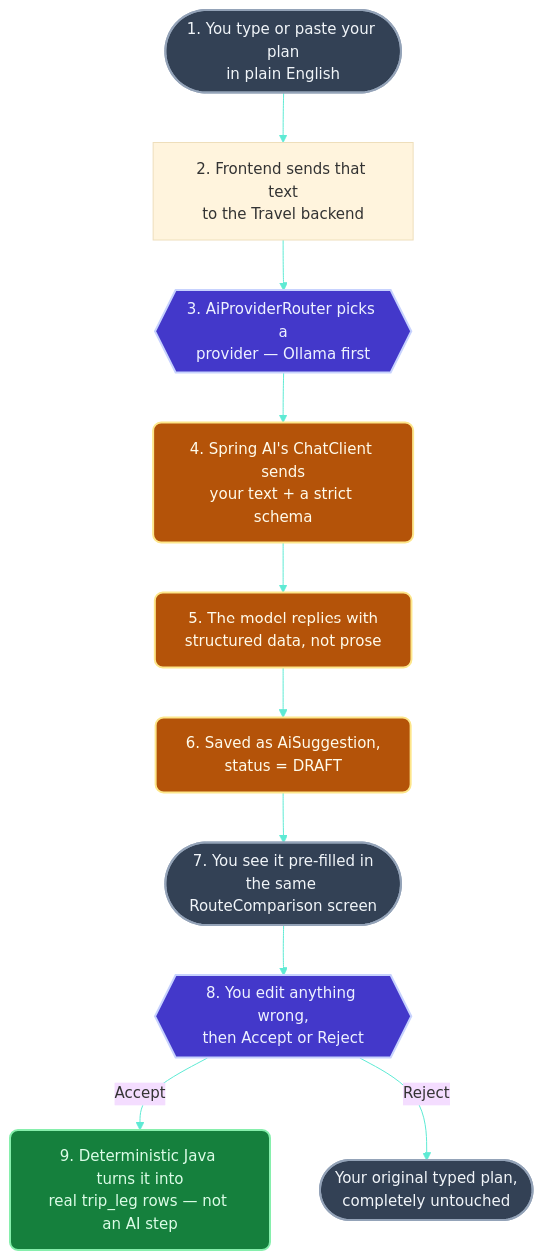
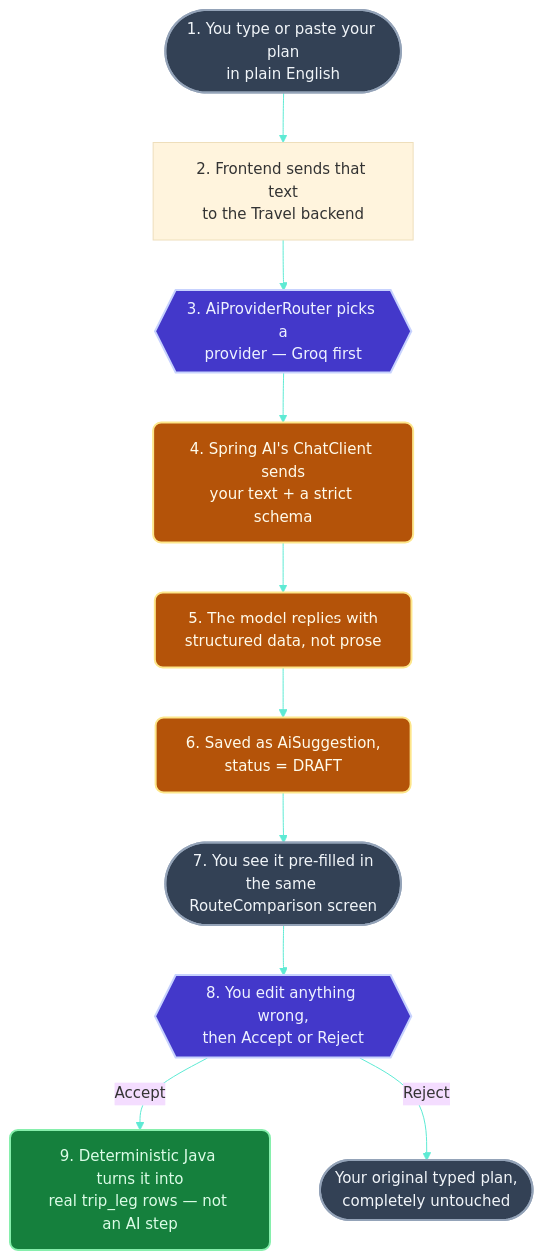
Before and after one commit to oomeanujoo/The-Lifestyle-Project: diagram 12 of 16 in TECHNICAL_ARCHITECTURE.md, drawn with Mermaid. The commit also changed other lines of this file and 282 other files, not shown here.

````diff
--- a/TECHNICAL_ARCHITECTURE.md
+++ b/TECHNICAL_ARCHITECTURE.md
@@ -782,23 +978,23 @@
 ```mermaid
 %%{init: {'theme': 'base', 'themeVariables': {'background':'transparent','fontFamily':'Trebuchet MS, Verdana, sans-serif','fontSize':'15px','lineColor':'#5eead4'}, 'flowchart': {'curve': 'basis'}}}%%
 flowchart TB
     A(["1. You type or paste your plan<br/>in plain English"]) --> B["2. Frontend sends that text<br/>to the Travel backend"]
-    B --> C{{"3. AiProviderRouter picks a<br/>provider — Ollama first"}}
+    B --> C{{"3. AiProviderRouter picks a<br/>provider — Groq first"}}
     C --> D["4. Spring AI's ChatClient sends<br/>your text + a strict schema"]
     D --> E["5. The model replies with<br/>structured data, not prose"]
     E --> F["6. Saved as AiSuggestion,<br/>status = DRAFT"]
     F --> G(["7. You see it pre-filled in<br/>the same RouteComparison screen"])
     G --> H{{"8. You edit anything wrong,<br/>then Accept or Reject"}}
     H -->|Accept| I["9. Deterministic Java turns it into<br/>real trip_leg rows — not an AI step"]
     H -->|Reject| J(["Your original typed plan,<br/>completely untouched"])
 
     class A,G,J start;
     class C,H decision;
     class D,E,F ai;
     class I real;
 
     classDef start fill:#334155,stroke:#94a3b8,color:#f1f5f9,stroke-width:2px,rx:10,ry:10;
     classDef decision fill:#4338ca,stroke:#c7d2fe,color:#eef2ff,stroke-width:2px,rx:8,ry:8;
     classDef ai fill:#b45309,stroke:#fde68a,color:#fffbeb,stroke-width:2px,rx:8,ry:8;
     classDef real fill:#15803d,stroke:#86efac,color:#dcfce7,stroke-width:2px,rx:8,ry:8;
 ```
````
